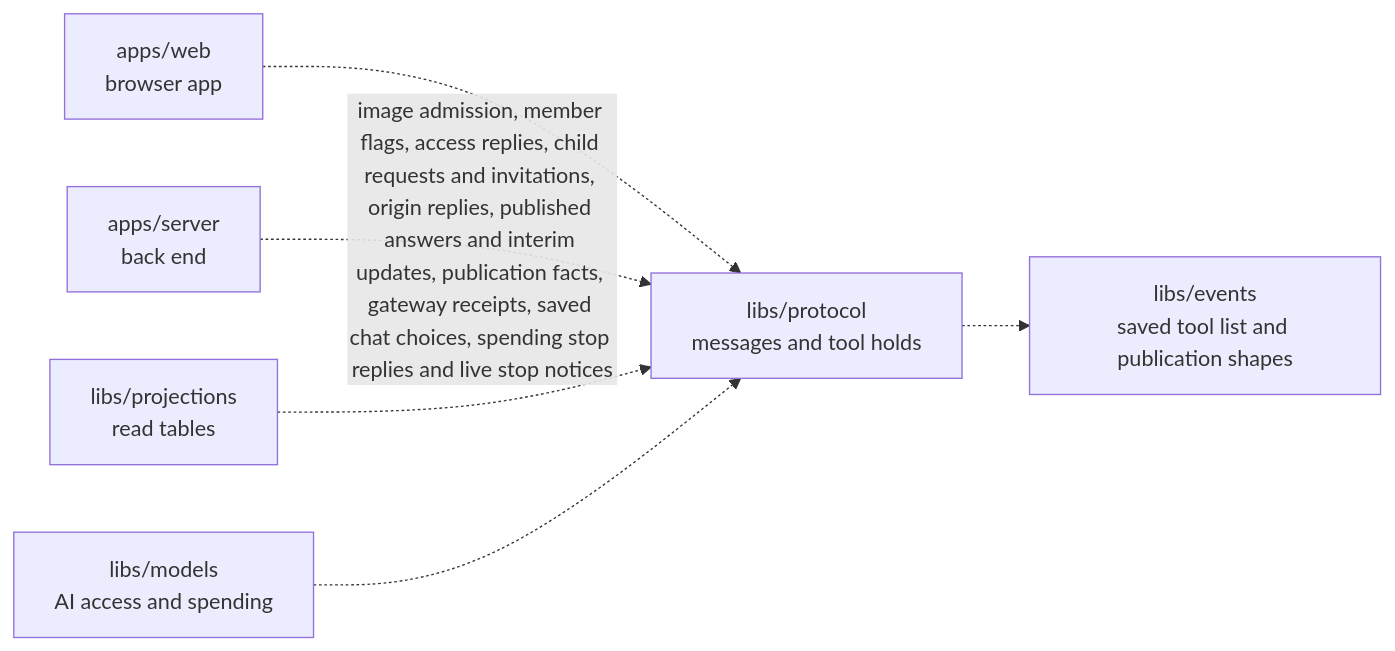
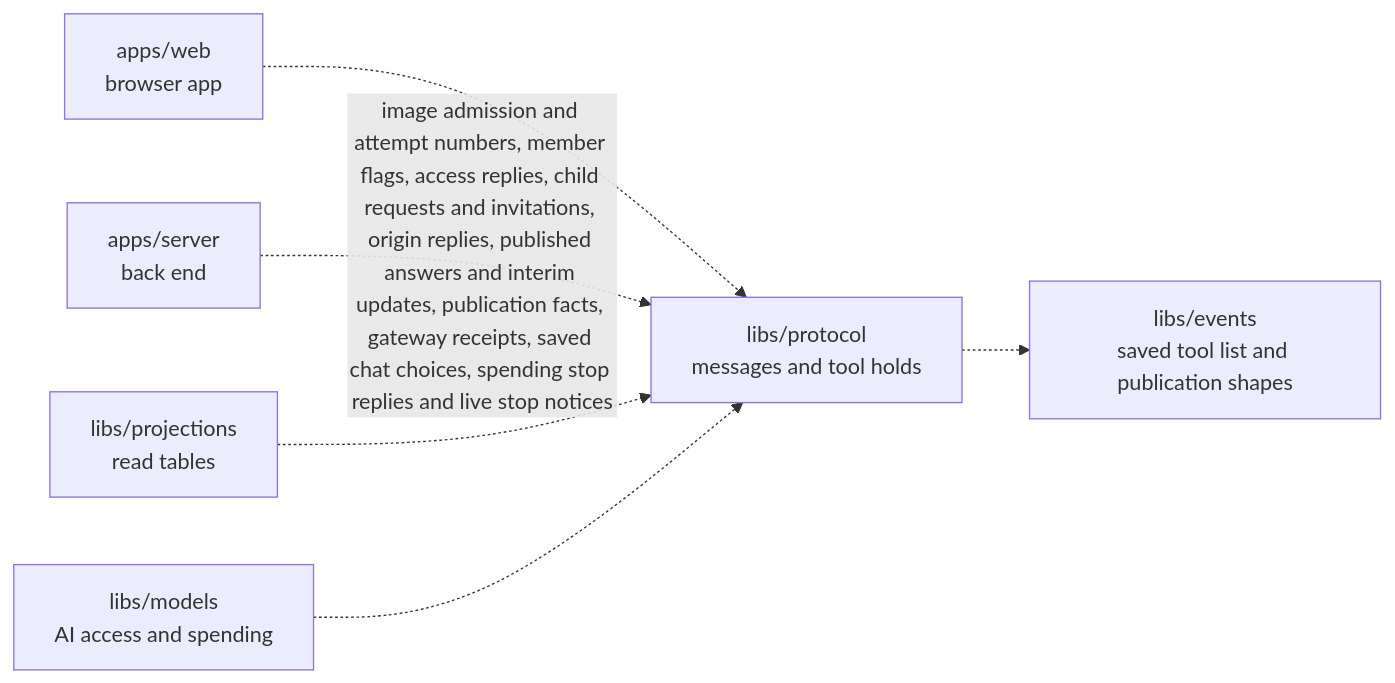
The diagram in libs/protocol/README.md (elewa-git/opencrane-new), drawn with Mermaid before and after one commit. The commit also changed 22 other files, not shown here.

Commit message:
🔎 Record hosted image check requests and recover lost replies

````diff
--- a/libs/protocol/README.md
+++ b/libs/protocol/README.md
@@ -11,8 +11,8 @@
 ```mermaid
 flowchart LR
   web["apps/web<br/>browser app"] -.-> protocol["libs/protocol<br/>messages and tool holds"]
-  server["apps/server<br/>back end"] -.->|image admission, member flags, access replies, child requests and invitations, origin replies, published answers and interim updates, publication facts, gateway receipts, saved chat choices, spending stop replies and live stop notices| protocol
+  server["apps/server<br/>back end"] -.->|image admission and attempt numbers, member flags, access replies, child requests and invitations, origin replies, published answers and interim updates, publication facts, gateway receipts, saved chat choices, spending stop replies and live stop notices| protocol
   projections["libs/projections<br/>read tables"] -.-> protocol
   models["libs/models<br/>AI access and spending"] -.-> protocol
   protocol -.-> events["libs/events<br/>saved tool list and publication shapes"]
 ```
````
